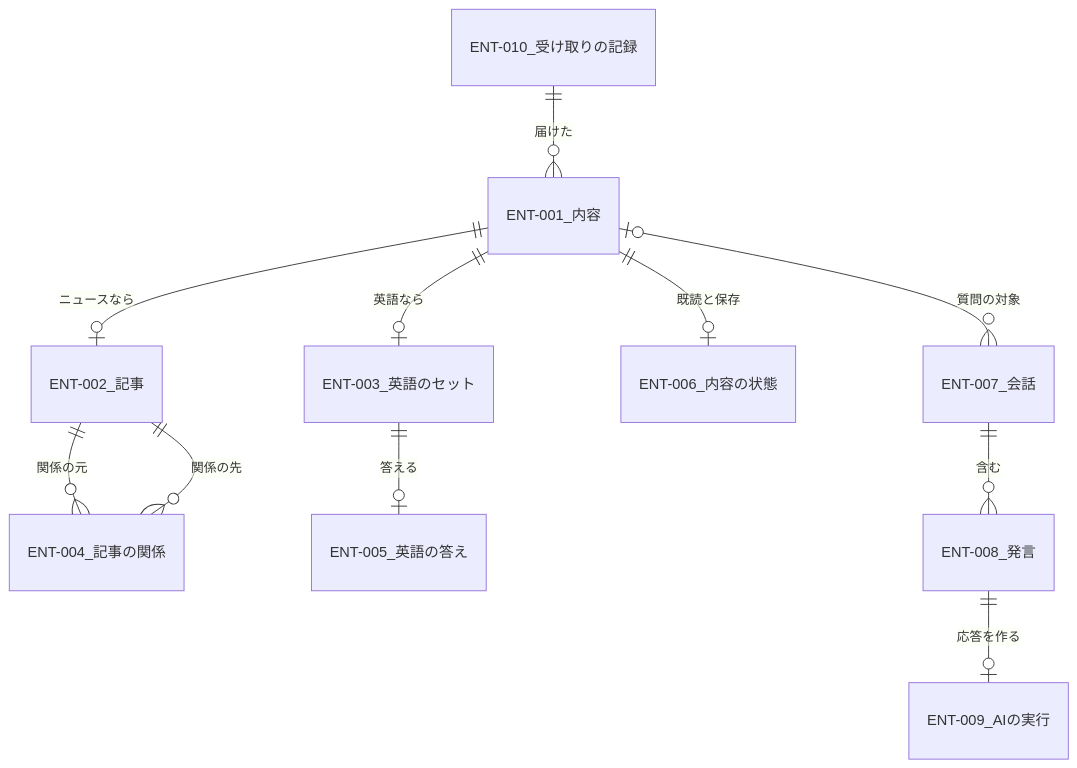
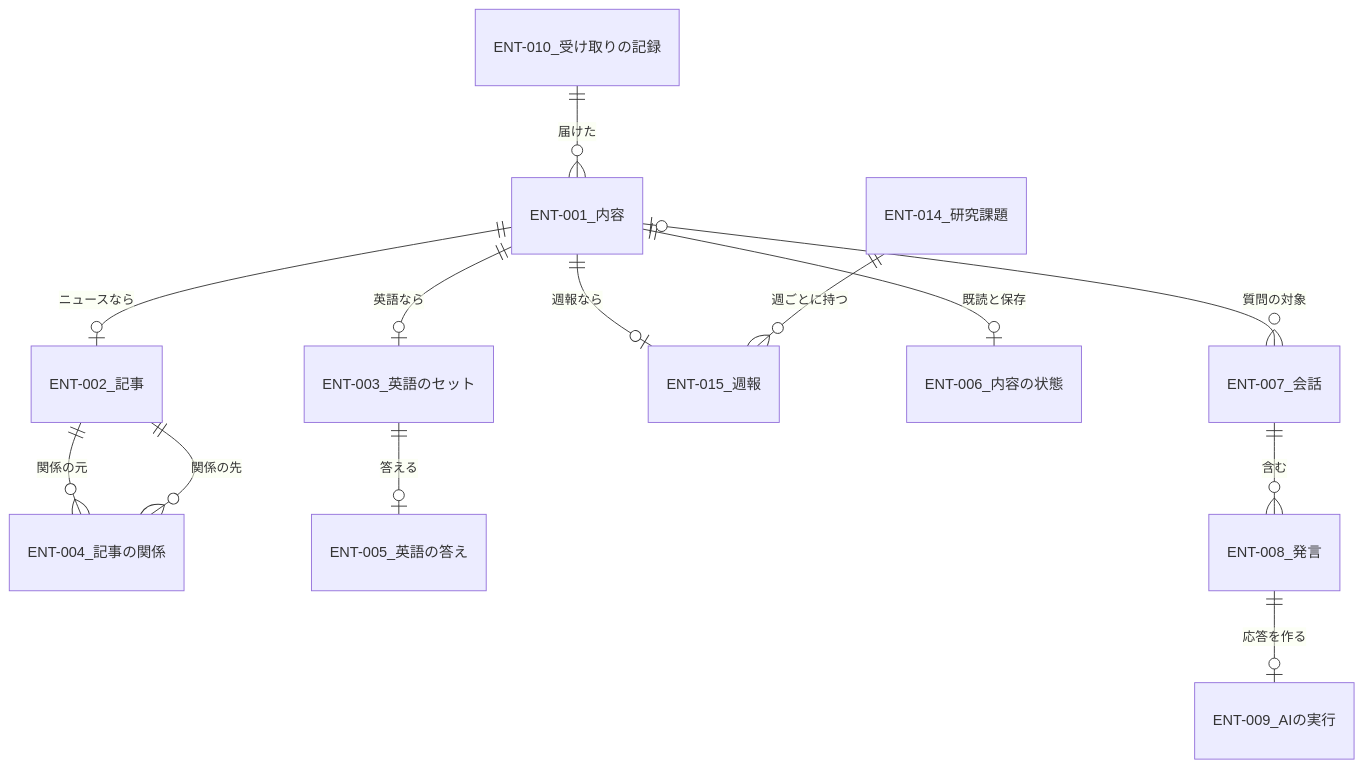
Before and after one commit to shota-urano/nexus: the diagram in docs/upstream/rd/RD-09-data-requirements.md, drawn with Mermaid. The commit also changed other lines of this file and 41 other files, not shown here.

````diff
--- a/docs/upstream/rd/RD-09-data-requirements.md
+++ b/docs/upstream/rd/RD-09-data-requirements.md
@@ -20,13 +21,15 @@
 ```mermaid
 erDiagram
   ENT-001_内容 ||--o| ENT-002_記事 : "ニュースなら"
   ENT-001_内容 ||--o| ENT-003_英語のセット : "英語なら"
+  ENT-001_内容 ||--o| ENT-015_週報 : "週報なら"
+  ENT-014_研究課題 ||--o{ ENT-015_週報 : "週ごとに持つ"
   ENT-002_記事 ||--o{ ENT-004_記事の関係 : "関係の元"
   ENT-002_記事 ||--o{ ENT-004_記事の関係 : "関係の先"
   ENT-003_英語のセット ||--o| ENT-005_英語の答え : "答える"
   ENT-001_内容 ||--o| ENT-006_内容の状態 : "既読と保存"
   ENT-001_内容 |o--o{ ENT-007_会話 : "質問の対象"
   ENT-007_会話 ||--o{ ENT-008_発言 : "含む"
   ENT-008_発言 ||--o| ENT-009_AIの実行 : "応答を作る"
   ENT-010_受け取りの記録 ||--o{ ENT-001_内容 : "届けた"
 ```
````
